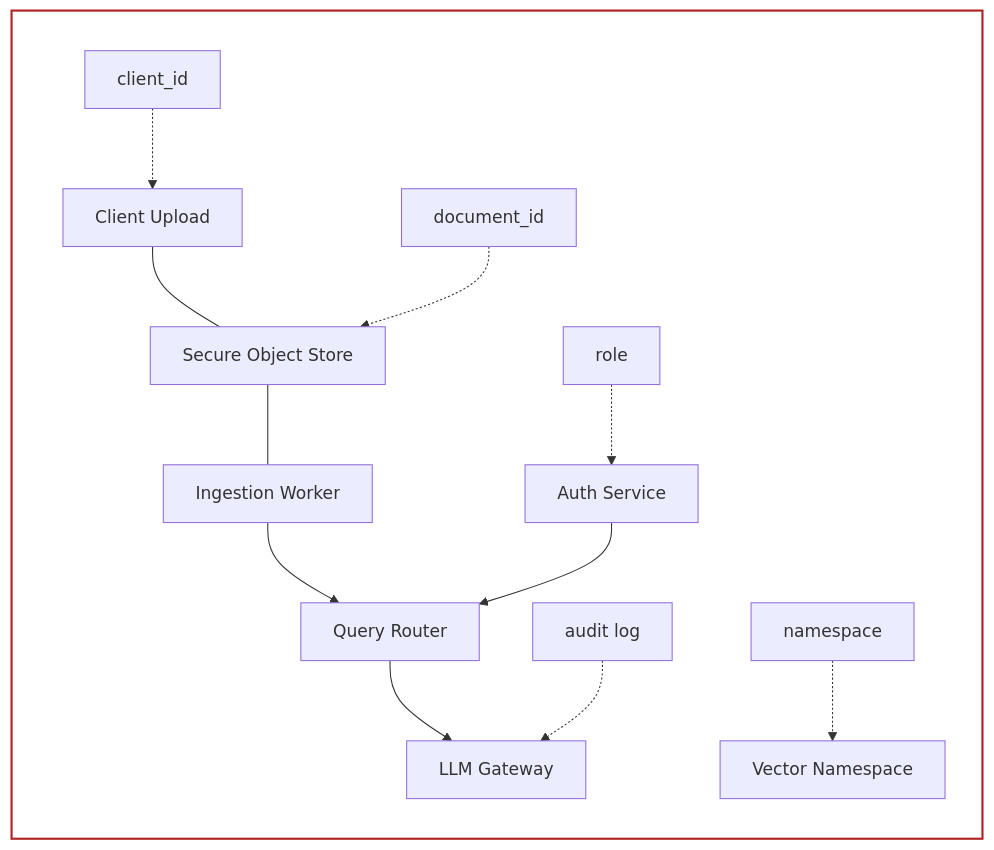
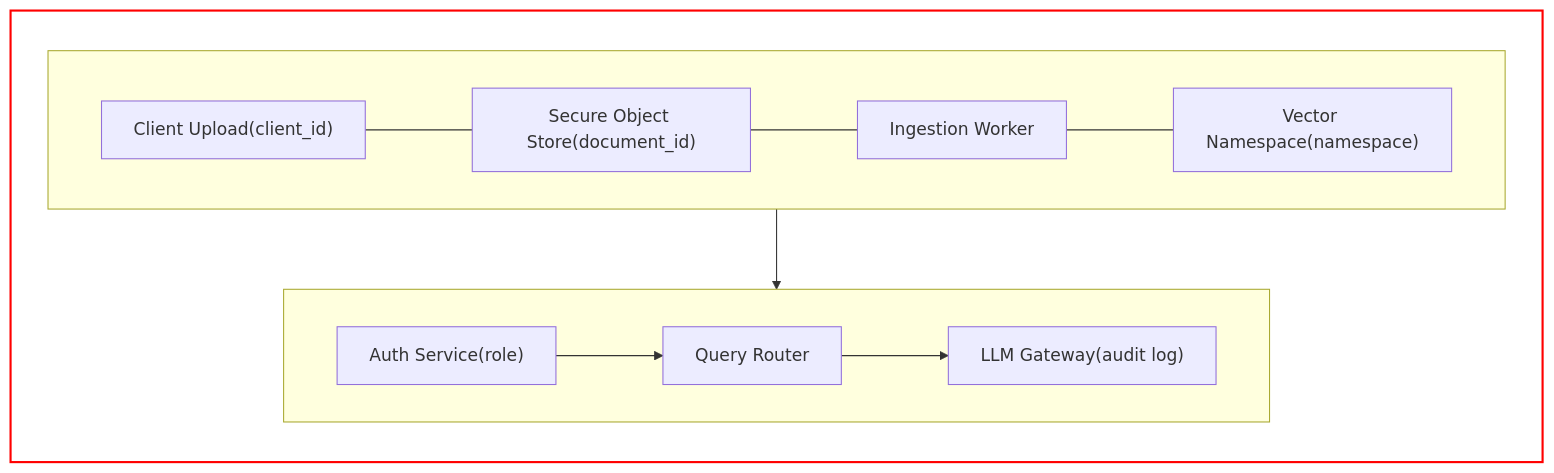
Before and after one commit to rshajgude/GenAI_Daily: the fourth of 4 diagrams in Day30_RAG_Intro/data/llamaparse_output/rag_ready_document.md, drawn with Mermaid. The commit also changed other lines of this file and 177 other files, not shown here.

````diff
--- a/Day30_RAG_Intro/data/llamaparse_output/rag_ready_document.md
+++ b/Day30_RAG_Intro/data/llamaparse_output/rag_ready_document.md
@@ -1311,22 +1323,16 @@
 ```mermaid
 graph LR
-    subgraph TenantSafeZone [ ]
+    subgraph TenantSafeZone [" "]
         direction TB
-        CU[Client Upload] --- SOS[Secure Object Store]
-        SOS --- IW[Ingestion Worker]
-        IW --> QR[Query Router]
-        VN[Vector Namespace]
-        
-        AS[Auth Service] --> QR
-        QR --> LG[LLM Gateway]
-        
-        %% Metadata badges
-        CU_meta[client_id] -.-> CU
-        SOS_meta[document_id] -.-> SOS
-        VN_meta[namespace] -.-> VN
-        AS_meta[role] -.-> AS
-        LG_meta[audit log] -.-> LG
+        subgraph Row1 [" "]
+            direction LR
+            CU["Client Upload(client_id)"] --- SOS["Secure Object Store(document_id)"] --- IW["Ingestion Worker"] --- VN["Vector Namespace(namespace)"]
+        end
+        subgraph Row2 [" "]
+            direction LR
+            AS["Auth Service(role)"] --> QR["Query Router"] --> LG["LLM Gateway(audit log)"]
+        end
+        IW --> QR
     end
-    
-    style TenantSafeZone fill:none,stroke:#B22222,stroke-width:2px
+    style TenantSafeZone fill:none,stroke:red,stroke-width:2px
 ```
````
